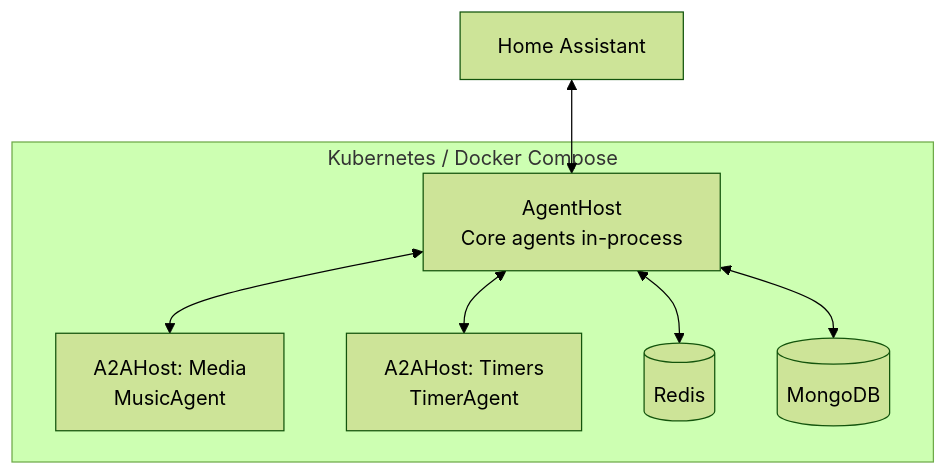
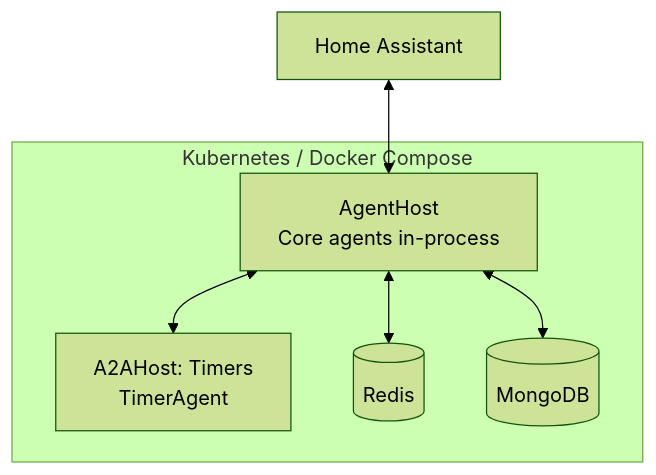
The second of 2 diagrams in docs/architecture/deployment-modes.md (seiggy/lucia.ai), drawn with Mermaid (forest theme) before and after one commit. The commit also changed other lines of this file and 12 other files, not shown here.

First line of the commit message:
docs: update Music Agent to always run in-process

````diff
--- a/docs/architecture/deployment-modes.md
+++ b/docs/architecture/deployment-modes.md
@@ -68,16 +68,14 @@
 ```mermaid
 graph TB
     subgraph Kubernetes / Docker Compose
         AH[AgentHost<br/>Core agents in-process]
-        A2A1[A2AHost: Media<br/>MusicAgent]
         A2A2[A2AHost: Timers<br/>TimerAgent]
         Redis[(Redis)]
         Mongo[(MongoDB)]
     end
 
     HA[Home Assistant] <--> AH
-    AH <--> A2A1
     AH <--> A2A2
     AH <--> Redis
     AH <--> Mongo
 ```
````
